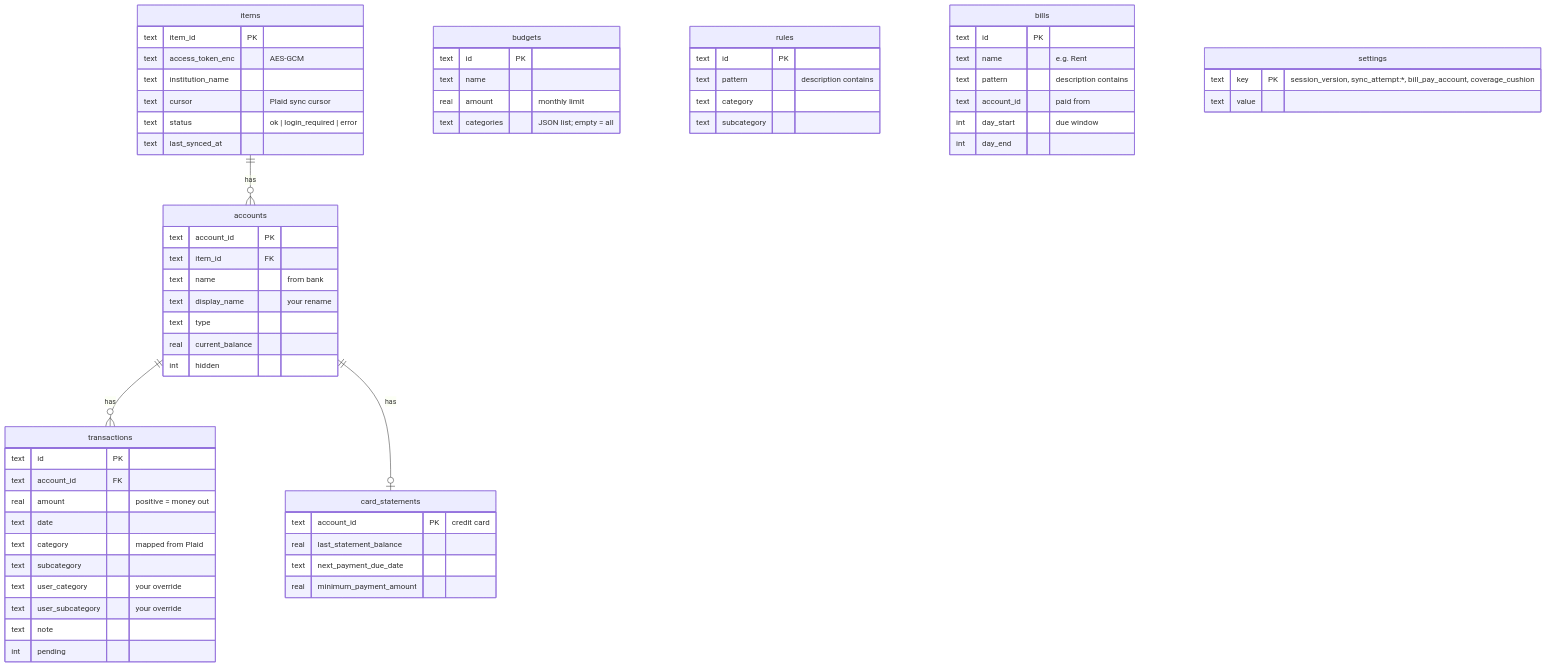
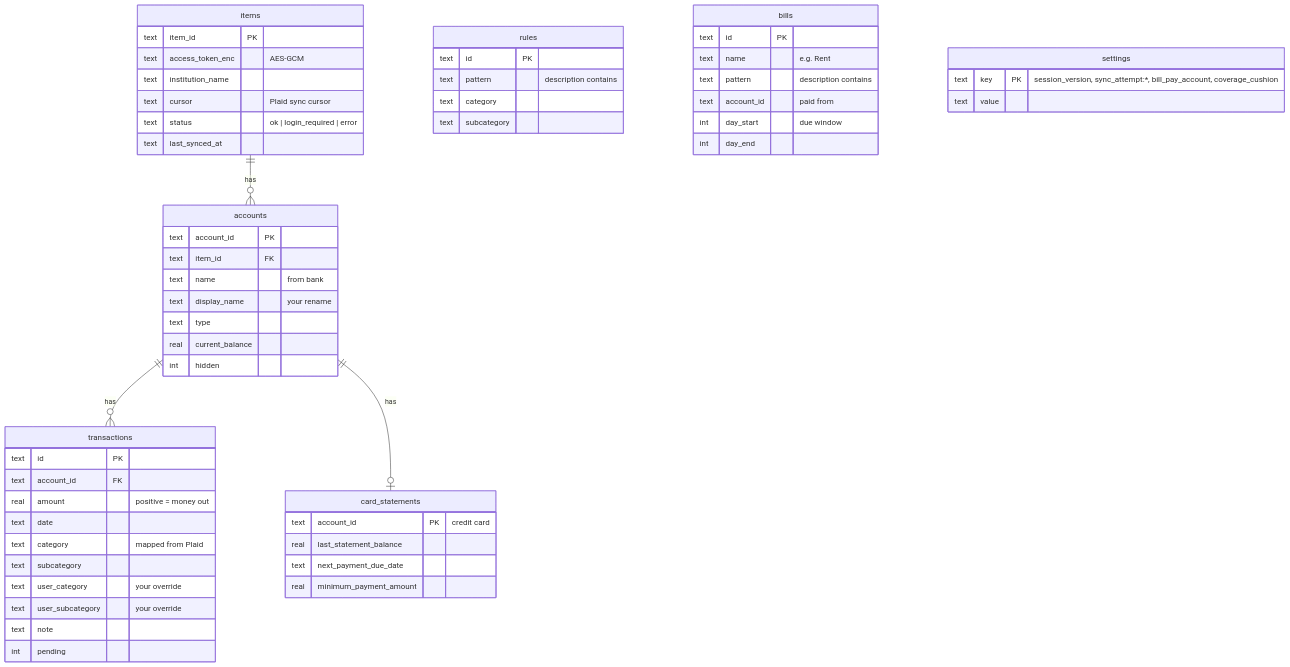
Before and after one commit to Paksh2909/Budget-Webapp: the fourth of 4 diagrams in docs/ARCHITECTURE.md, drawn with Mermaid. The commit also changed other lines of this file and 13 other files, not shown here.

````diff
--- a/docs/ARCHITECTURE.md
+++ b/docs/ARCHITECTURE.md
@@ -103,65 +103,59 @@
 ```mermaid
 erDiagram
     items ||--o{ accounts : has
     accounts ||--o{ transactions : has
     accounts ||--o| card_statements : has
     items {
         text item_id PK
         text access_token_enc "AES-GCM"
         text institution_name
         text cursor "Plaid sync cursor"
         text status "ok | login_required | error"
         text last_synced_at
     }
     accounts {
         text account_id PK
         text item_id FK
         text name "from bank"
         text display_name "your rename"
         text type
         real current_balance
         int hidden
     }
     transactions {
         text id PK
         text account_id FK
         real amount "positive = money out"
         text date
         text category "mapped from Plaid"
         text subcategory
         text user_category "your override"
         text user_subcategory "your override"
         text note
         int pending
     }
-    budgets {
-        text id PK
-        text name
-        real amount "monthly limit"
-        text categories "JSON list; empty = all"
-    }
     rules {
         text id PK
         text pattern "description contains"
         text category
         text subcategory
     }
     card_statements {
         text account_id PK "credit card"
         real last_statement_balance
         text next_payment_due_date
         real minimum_payment_amount
     }
     bills {
         text id PK
         text name "e.g. Rent"
         text pattern "description contains"
         text account_id "paid from"
         int day_start "due window"
         int day_end
     }
     settings {
         text key PK "session_version, sync_attempt:*, bill_pay_account, coverage_cushion"
         text value
     }
 ```
````
